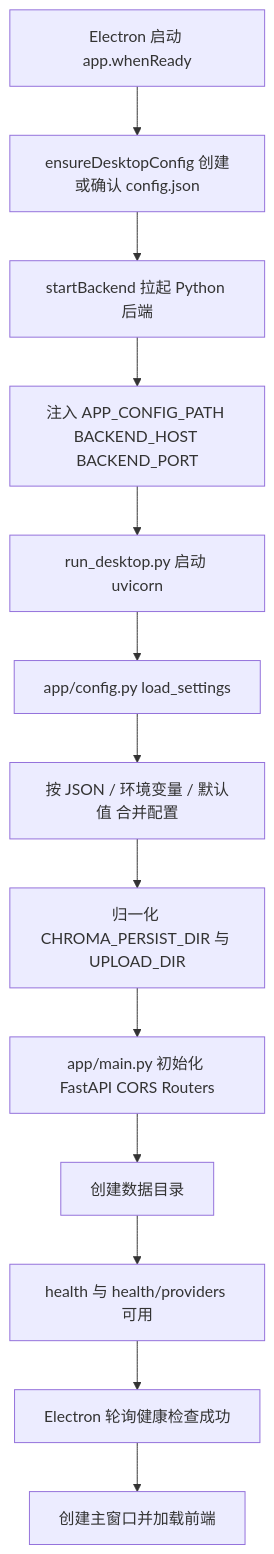
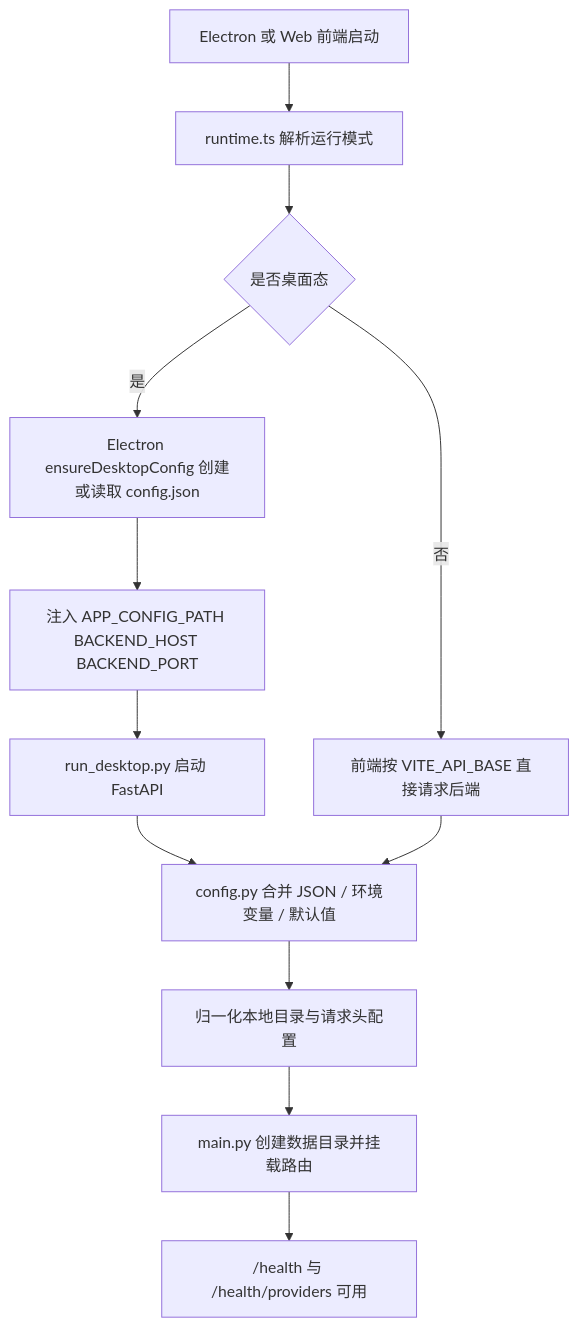
One commit to emotion-exit/rag-agent changed the first of 7 diagrams in docs/项目执行流程分析.md. Above: the diagram before and after it, drawn with Mermaid. The commit also changed other lines of this file and 3 other files, not shown here.

````diff
--- a/docs/项目执行流程分析.md
+++ b/docs/项目执行流程分析.md
@@ -86,15 +84,14 @@
 ```mermaid
 flowchart TD
-  A["Electron 启动 app.whenReady"] --> B["ensureDesktopConfig 创建或确认 config.json"]
-  B --> C["startBackend 拉起 Python 后端"]
-  C --> D["注入 APP_CONFIG_PATH BACKEND_HOST BACKEND_PORT"]
-  D --> E["run_desktop.py 启动 uvicorn"]
-  E --> F["app/config.py load_settings"]
-  F --> G["按 JSON / 环境变量 / 默认值 合并配置"]
-  G --> H["归一化 CHROMA_PERSIST_DIR 与 UPLOAD_DIR"]
-  H --> I["app/main.py 初始化 FastAPI CORS Routers"]
-  I --> J["创建数据目录"]
-  J --> K["health 与 health/providers 可用"]
-  K --> L["Electron 轮询健康检查成功"]
-  L --> M["创建主窗口并加载前端"]
+  A["Electron 或 Web 前端启动"] --> B["runtime.ts 解析运行模式"]
+  B --> C{"是否桌面态"}
+  C -->|是| D["Electron ensureDesktopConfig 创建或读取 config.json"]
+  D --> E["注入 APP_CONFIG_PATH BACKEND_HOST BACKEND_PORT"]
+  E --> F["run_desktop.py 启动 FastAPI"]
+  C -->|否| G["前端按 VITE_API_BASE 直接请求后端"]
+  F --> H["config.py 合并 JSON / 环境变量 / 默认值"]
+  G --> H
+  H --> I["归一化本地目录与请求头配置"]
+  I --> J["main.py 创建数据目录并挂载路由"]
+  J --> K["/health 与 /health/providers 可用"]
 ```
````
